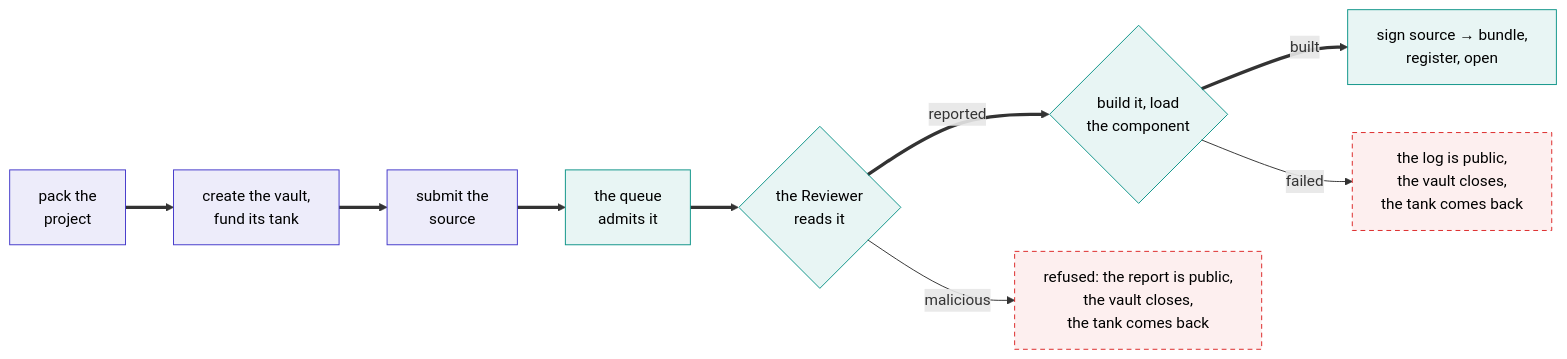
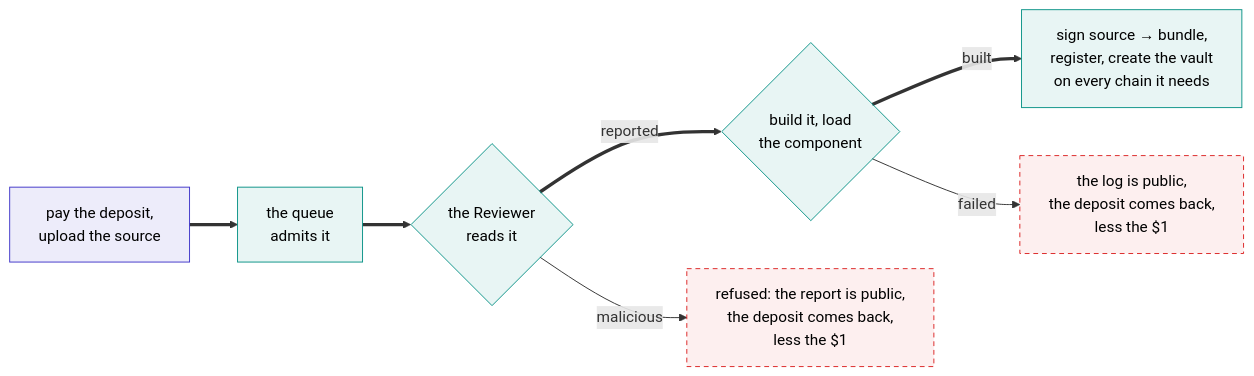
The diagram in docs/content/how-it-works/publishing.md (ShoninFi/shonin-platform), drawn with Mermaid before and after one commit. The commit also changed other lines of this file and 15 other files, not shown here.

````diff
--- a/docs/content/how-it-works/publishing.md
+++ b/docs/content/how-it-works/publishing.md
@@ -5,18 +5,16 @@
 ```mermaid
 flowchart LR
-    A["pack the<br/>project"] ==> B["create the vault,<br/>fund its tank"]
-    B ==> C["submit the<br/>source"]
-    C ==> D["the queue<br/>admits it"]
+    B["pay the deposit,<br/>upload the source"] ==> D["the queue<br/>admits it"]
     D ==> H{"the Reviewer<br/>reads it"}
     H ==>|reported| E{"build it, load<br/>the component"}
-    H -->|malicious| R["refused: the report is public,<br/>the vault closes,<br/>the tank comes back"]
-    E ==>|built| F["sign source → bundle,<br/>register, open"]
-    E -->|failed| G["the log is public,<br/>the vault closes,<br/>the tank comes back"]
+    H -->|malicious| R["refused: the report is public,<br/>the deposit comes back,<br/>less the $1"]
+    E ==>|built| F["sign source → bundle,<br/>register, create the vault<br/>on every chain it needs"]
+    E -->|failed| G["the log is public,<br/>the deposit comes back,<br/>less the $1"]
 
     classDef you fill:#4338ca18,stroke:#4338ca,color:inherit
     classDef us fill:#0d948818,stroke:#0d9488,color:inherit
     classDef bad fill:#dc262612,stroke:#dc2626,color:inherit,stroke-dasharray:5 4
-    class A,B,C you
+    class B you
     class D,E,F,H us
     class G,R bad
 ```
````
